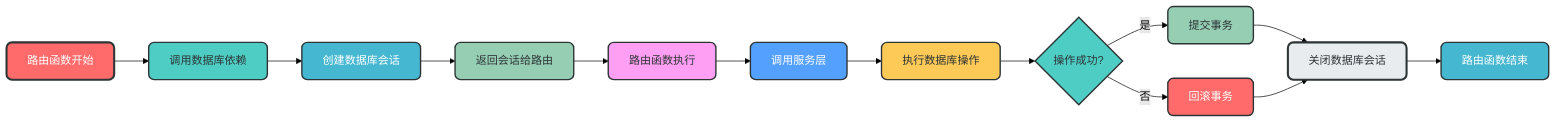
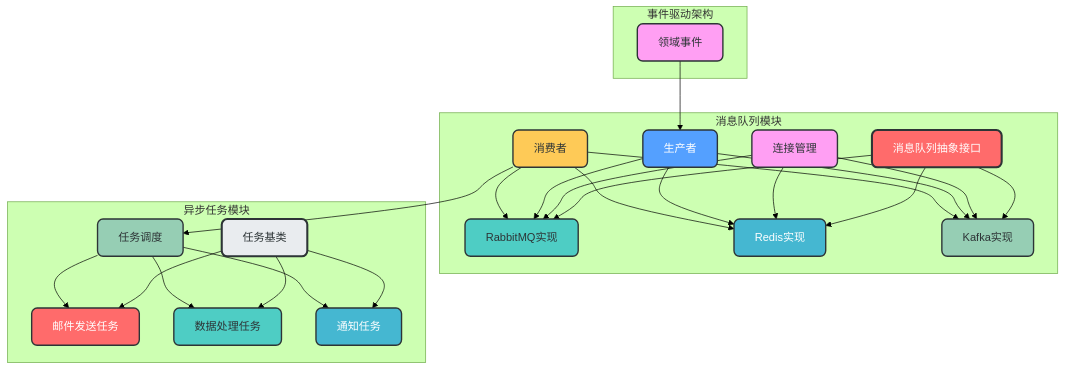
Before and after one commit to amuqiao/fastapi-enterprise-framework-template: diagram 19 of 22 in docs/design/architecture_guide.md, drawn with Mermaid (forest theme). The commit also changed other lines of this file, not shown here.

Commit message:
优化总设计指南,调整文档结构,各个模块添加模块架构图和数据流转图

````diff
--- a/docs/design/architecture_guide.md
+++ b/docs/design/architecture_guide.md
@@ -1095,28 +1195,49 @@
 ```mermaid
-graph LR
-    A[路由函数开始] --> B[调用数据库依赖]
-    B --> C[创建数据库会话]
-    C --> D[返回会话给路由]
-    D --> E[路由函数执行]
-    E --> F[调用服务层]
-    F --> G[执行数据库操作]
-    G --> H{操作成功?}
-    H -->|是| I[提交事务]
-    H -->|否| J[回滚事务]
-    I --> K[关闭数据库会话]
-    J --> K
-    K --> L[路由函数结束]
+graph TD
+    subgraph 消息队列模块
+        A[消息队列抽象接口] --> B[RabbitMQ实现]
+        A --> C[Redis实现]
+        A --> D[Kafka实现]
+        
+        E[连接管理] --> B
+        E --> C
+        E --> D
+        
+        F[生产者] --> B
+        F --> C
+        F --> D
+        
+        G[消费者] --> B
+        G --> C
+        G --> D
+    end
+    
+    subgraph 异步任务模块
+        H[任务基类] --> I[邮件发送任务]
+        H --> J[数据处理任务]
+        H --> K[通知任务]
+        
+        L[任务调度] --> I
+        L --> J
+        L --> K
+    end
+    
+    subgraph 事件驱动架构
+        M[领域事件] --> F
+        G --> L
+    end
     
     style A fill:#FF6B6B,stroke:#2D3436,stroke-width:3px,color:white,rx:8,ry:8
     style B fill:#4ECDC4,stroke:#2D3436,stroke-width:2px,color:#2D3436,rx:8,ry:8
     style C fill:#45B7D1,stroke:#2D3436,stroke-width:2px,color:white,rx:8,ry:8
     style D fill:#96CEB4,stroke:#2D3436,stroke-width:2px,color:#2D3436,rx:8,ry:8
     style E fill:#FF9FF3,stroke:#2D3436,stroke-width:2px,color:#2D3436,rx:8,ry:8
     style F fill:#54A0FF,stroke:#2D3436,stroke-width:2px,color:white,rx:8,ry:8
     style G fill:#FECA57,stroke:#2D3436,stroke-width:2px,color:#2D3436,rx:8,ry:8
-    style H fill:#4ECDC4,stroke:#2D3436,stroke-width:2px,color:#2D3436,rx:8,ry:8
-    style I fill:#96CEB4,stroke:#2D3436,stroke-width:2px,color:#2D3436,rx:8,ry:8
-    style J fill:#FF6B6B,stroke:#2D3436,stroke-width:2px,color:white,rx:8,ry:8
-    style K fill:#E9ECEF,stroke:#2D3436,stroke-width:3px,color:#2D3436,rx:8,ry:8
-    style L fill:#45B7D1,stroke:#2D3436,stroke-width:2px,color:white,rx:8,ry:8
+    style H fill:#E9ECEF,stroke:#2D3436,stroke-width:3px,color:#2D3436,rx:8,ry:8
+    style I fill:#FF6B6B,stroke:#2D3436,stroke-width:2px,color:white,rx:8,ry:8
+    style J fill:#4ECDC4,stroke:#2D3436,stroke-width:2px,color:#2D3436,rx:8,ry:8
+    style K fill:#45B7D1,stroke:#2D3436,stroke-width:2px,color:white,rx:8,ry:8
+    style L fill:#96CEB4,stroke:#2D3436,stroke-width:2px,color:#2D3436,rx:8,ry:8
+    style M fill:#FF9FF3,stroke:#2D3436,stroke-width:2px,color:#2D3436,rx:8,ry:8
 ```
````
